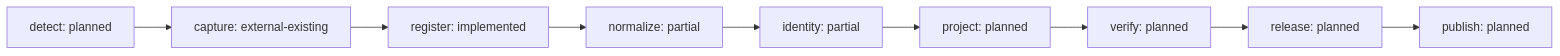
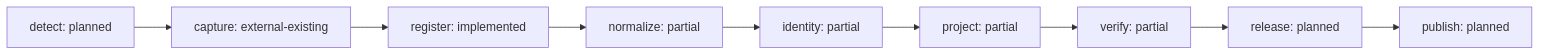
Before and after one commit to rk-gamemods/HumanHostWiki: the second of 2 diagrams in docs/REPOSITORIES.md, drawn with Mermaid. The commit also changed other lines of this file and 17 other files, not shown here.

````diff
--- a/docs/REPOSITORIES.md
+++ b/docs/REPOSITORIES.md
@@ -74,20 +74,20 @@
 ```mermaid
 flowchart LR
   detect["detect: planned"]
   capture["capture: external-existing"]
   detect --> capture
   register["register: implemented"]
   capture --> register
   normalize["normalize: partial"]
   register --> normalize
   identity["identity: partial"]
   normalize --> identity
-  project["project: planned"]
+  project["project: partial"]
   identity --> project
-  verify["verify: planned"]
+  verify["verify: partial"]
   project --> verify
   release["release: planned"]
   verify --> release
   publish["publish: planned"]
   release --> publish
 ```
````
